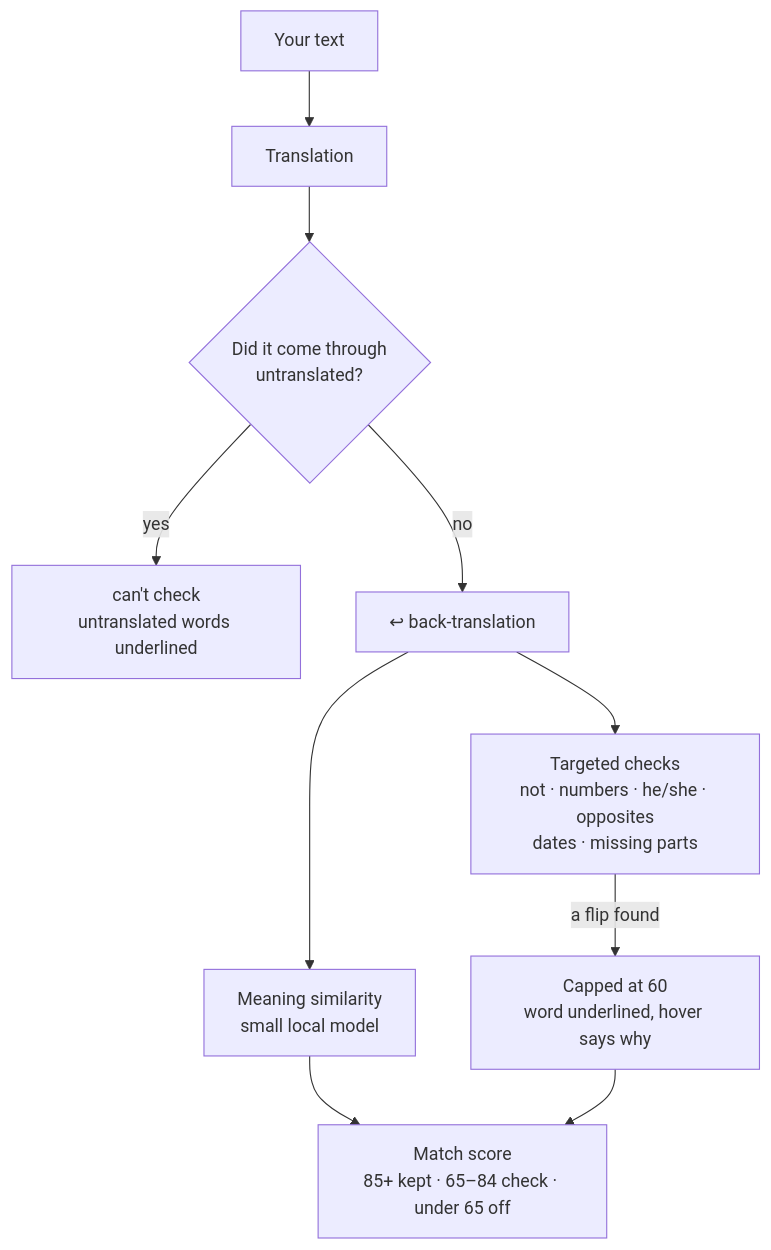
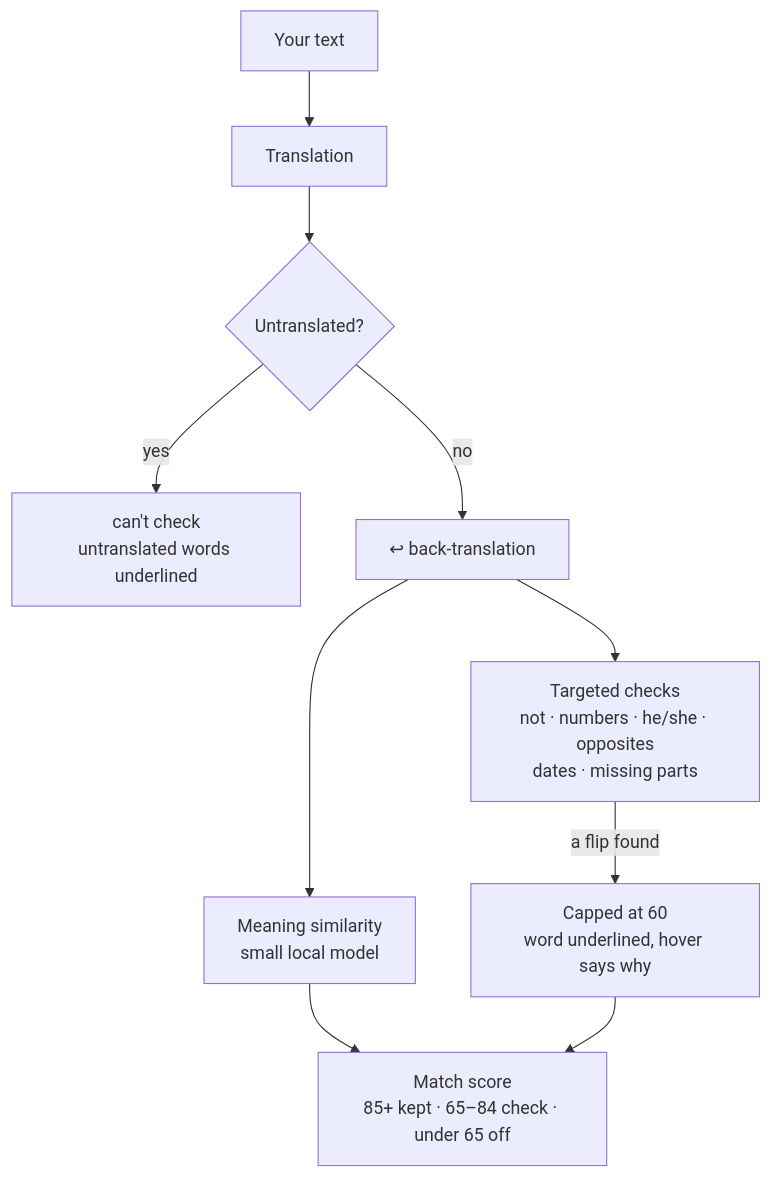
The second of 5 diagrams in docs/meaning-check-tests/README.md (chrisqtruong/vox2), drawn with Mermaid before and after one commit. The commit also changed other lines of this file, not shown here.

Commit message:
Docs: clearer Meaning Check diagrams on GitHub

````diff
--- a/docs/meaning-check-tests/README.md
+++ b/docs/meaning-check-tests/README.md
@@ -62,12 +62,12 @@
 ```mermaid
 flowchart TD
     A[Your text] --> T[Translation]
-    T --> U{Did it come through<br/>untranslated?}
+    T --> U{Untranslated?}
     U -- yes --> C[can't check<br/>untranslated words underlined]
     U -- no --> B[↩ back-translation]
     B --> S[Meaning similarity<br/>small local model]
     B --> W[Targeted checks<br/>not · numbers · he/she · opposites<br/>dates · missing parts]
     S --> Score[Match score<br/>85+ kept · 65–84 check · under 65 off]
     W -->|a flip found| Cap[Capped at 60<br/>word underlined, hover says why]
     Cap --> Score
 ```
````
